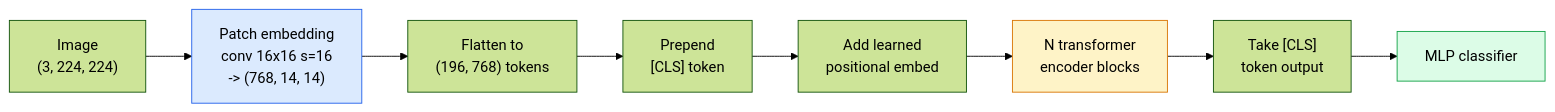
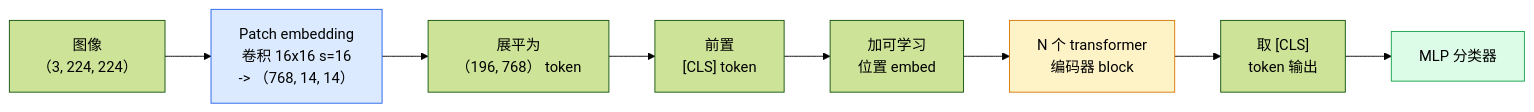
Before and after one commit to JerryC8080/ai-engineering-from-scratch-zh: the diagram in phases/04-computer-vision/14-vision-transformers/docs/zh.md, drawn with Mermaid (forest theme). The commit also changed 156 other files, not shown here.

First line of the commit message:
i18n(zh): translate mermaid diagram labels in 157 lesson zh.md

````diff
--- a/phases/04-computer-vision/14-vision-transformers/docs/zh.md
+++ b/phases/04-computer-vision/14-vision-transformers/docs/zh.md
@@ -31,14 +31,14 @@
 ```mermaid
 flowchart LR
-    IMG["Image<br/>(3, 224, 224)"] --> PATCH["Patch embedding<br/>conv 16x16 s=16<br/>-> (768, 14, 14)"]
-    PATCH --> FLAT["Flatten to<br/>(196, 768) tokens"]
-    FLAT --> CAT["Prepend<br/>[CLS] token"]
-    CAT --> POS["Add learned<br/>positional embed"]
-    POS --> ENC["N transformer<br/>encoder blocks"]
-    ENC --> CLS["Take [CLS]<br/>token output"]
-    CLS --> HEAD["MLP classifier"]
+    IMG["图像<br/>（3, 224, 224）"] --> PATCH["Patch embedding<br/>卷积 16x16 s=16<br/>-> （768, 14, 14）"]
+    PATCH --> FLAT["展平为<br/>（196, 768） token"]
+    FLAT --> CAT["前置<br/>[CLS] token"]
+    CAT --> POS["加可学习<br/>位置 embed"]
+    POS --> ENC["N 个 transformer<br/>编码器 block"]
+    ENC --> CLS["取 [CLS]<br/>token 输出"]
+    CLS --> HEAD["MLP 分类器"]
 
     style PATCH fill:#dbeafe,stroke:#2563eb
     style ENC fill:#fef3c7,stroke:#d97706
     style HEAD fill:#dcfce7,stroke:#16a34a
 ```
````
